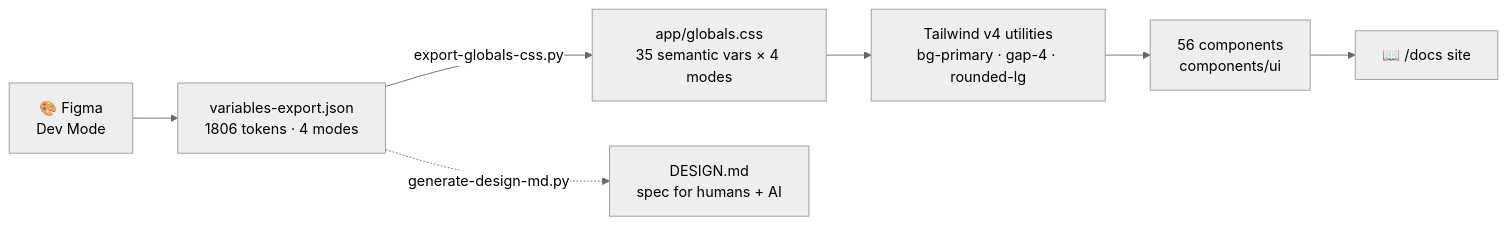
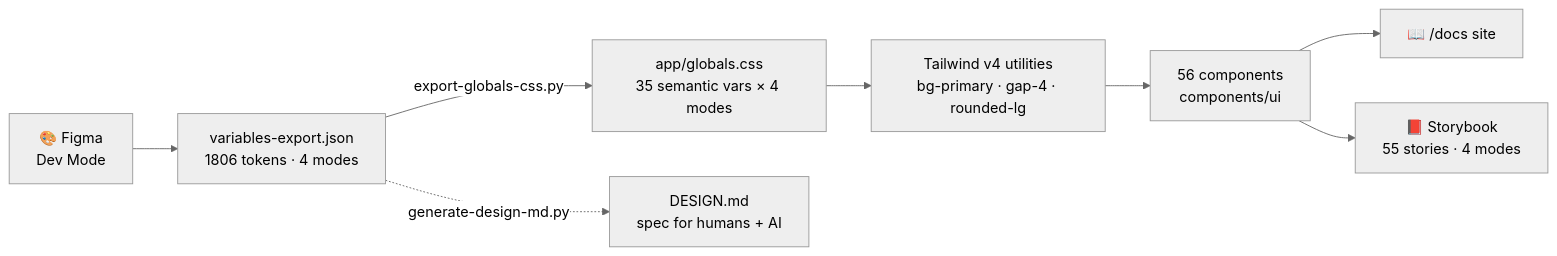
The first of 3 diagrams in README.md (pangsaxo-ops/shadcn-skills-design-starter), drawn with Mermaid (neutral theme) before and after one commit. The commit also changed other lines of this file, not shown here.

First line of the commit message:
docs: add Storybook to README (hero, badges, section, structure, scripts)

````diff
--- a/README.md
+++ b/README.md
@@ -131,9 +163,10 @@
 ```mermaid
 flowchart LR
     F["🎨 Figma<br/>Dev Mode"] --> J["variables-export.json<br/>1806 tokens · 4 modes"]
     J -->|export-globals-css.py| C["app/globals.css<br/>35 semantic vars × 4 modes"]
     C --> T["Tailwind v4 utilities<br/>bg-primary · gap-4 · rounded-lg"]
     T --> U["56 components<br/>components/ui"]
     U --> D["📖 /docs site"]
+    U --> SB["📕 Storybook<br/>55 stories · 4 modes"]
     J -.->|generate-design-md.py| M["DESIGN.md<br/>spec for humans + AI"]
 ```
````
